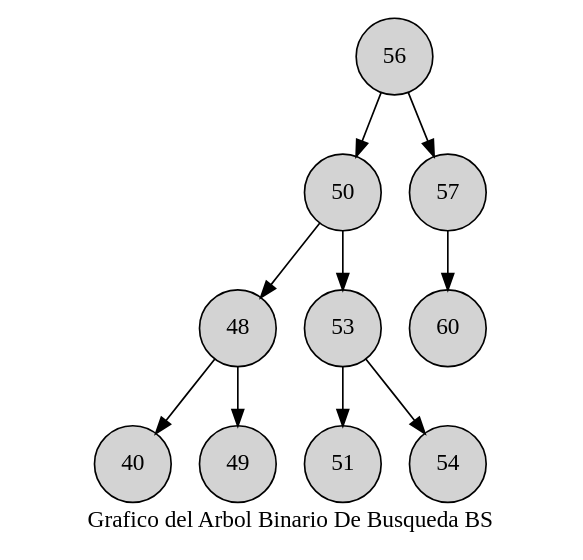
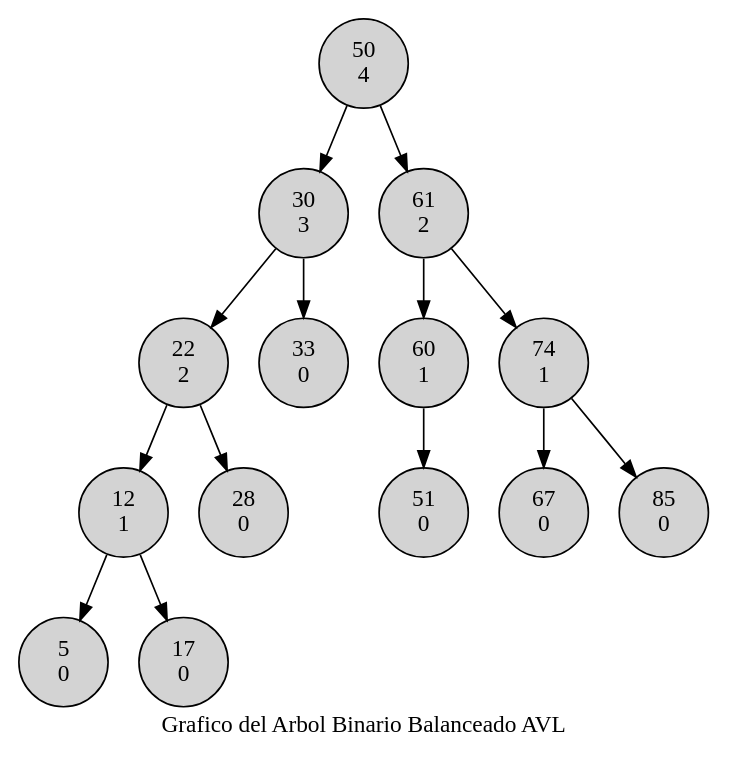
One commit to av-edson/EDD-Estructuras changed the diagram in estructuras/Resultado/GraficaArbol.dot. Above: the diagram before and after it, drawn with Graphviz. The commit also changed 4 other files, not shown here.

```diff
--- a/estructuras/Resultado/GraficaArbol.dot
+++ b/estructuras/Resultado/GraficaArbol.dot
@@ -1,15 +1,44 @@
 digraph D{
 node [shape=circle style=filled ] 
-label= " Grafico del Arbol Binario De Busqueda BS " 
-56
-56 -> 50
-50 -> 48
-48 -> 40
-48 -> 49
-50 -> 53
-53 -> 51
-53 -> 54
-56 -> 57
-57 -> 60
+label= " Grafico del Arbol Binario Balanceado AVL " 
+"50
+4" -> "30
+3" 
+"30
+3" -> "22
+2" 
+"22
+2" -> "12
+1" 
+"12
+1" -> "5
+0" 
+"12
+1" -> "17
+0" 
+"22
+2" -> "28
+0" 
+"30
+3" -> "33
+0" 
+"50
+4" -> "61
+2" 
+"61
+2" -> "60
+1" 
+"60
+1" -> "51
+0" 
+"61
+2" -> "74
+1" 
+"74
+1" -> "67
+0" 
+"74
+1" -> "85
+0" 
 
 }
```
